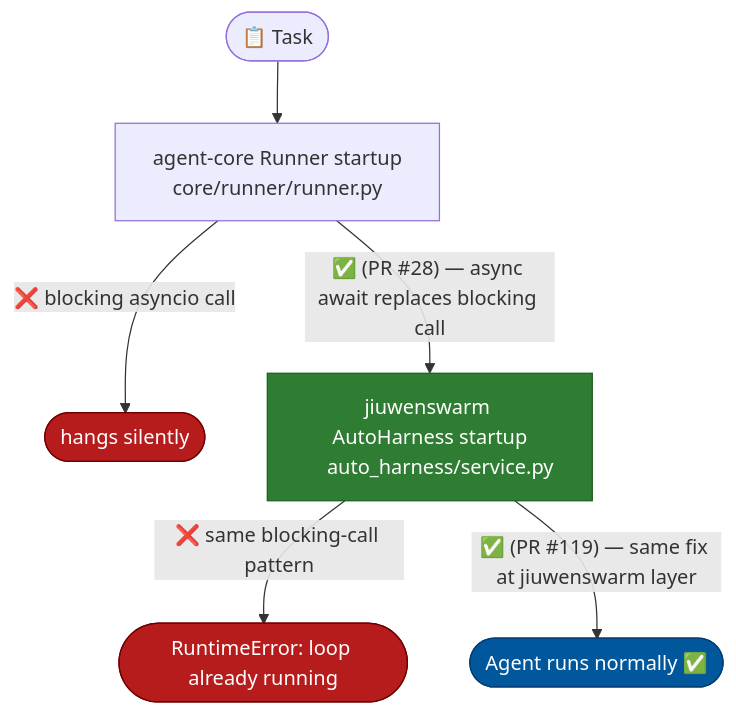
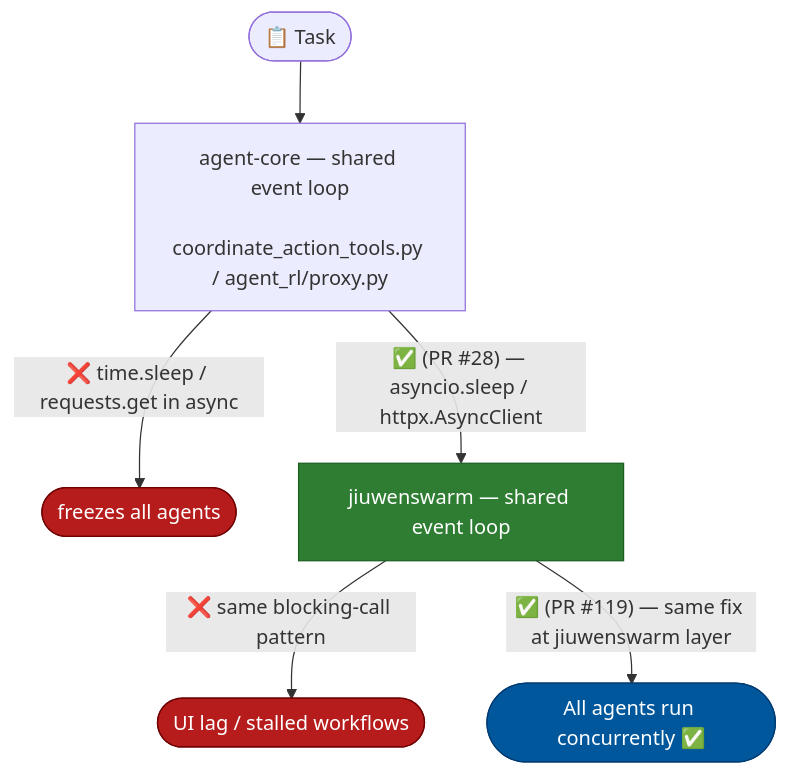
One commit to michaelatamuk/openjiuwen-jiuwenswarm changed the first of 9 diagrams in docs-michael/Implementation.Overview.md. Above: the diagram before and after it, drawn with Mermaid. The commit also changed other lines of this file and 3 other files, not shown here.

````diff
--- a/docs-michael/Implementation.Overview.md
+++ b/docs-michael/Implementation.Overview.md
@@ -27,18 +27,17 @@
 ```mermaid
 flowchart TD
     classDef fix  fill:#2E7D32,color:#fff,stroke:#1B5E20
     classDef fail fill:#B71C1C,color:#fff,stroke:#6f0000
     classDef ok   fill:#01579B,color:#fff,stroke:#003c74
 
     T(["📋 Task"])
 
-    T --> AC["agent-core Runner startup
-    core/runner/runner.py"]
+    T --> AC["agent-core — shared event loop
+    coordinate_action_tools.py / agent_rl/proxy.py"]
 
-    AC -->|"❌ blocking asyncio call"| H1(["hangs silently"]):::fail
-    AC -->|"✅ (PR #28) — async await replaces blocking call"| JW["jiuwenswarm AutoHarness startup
-    auto_harness/service.py"]:::fix
+    AC -->|"❌ time.sleep / requests.get in async"| H1(["freezes all agents"]):::fail
+    AC -->|"✅ (PR #28) — asyncio.sleep / httpx.AsyncClient"| JW["jiuwenswarm — shared event loop"]:::fix
 
-    JW -->|"❌ same blocking-call pattern"| H2(["RuntimeError: loop already running"]):::fail
-    JW -->|"✅ (PR #119) — same fix at jiuwenswarm layer"| RUN(["Agent runs normally ✅"]):::ok
+    JW -->|"❌ same blocking-call pattern"| H2(["UI lag / stalled workflows"]):::fail
+    JW -->|"✅ (PR #119) — same fix at jiuwenswarm layer"| RUN(["All agents run concurrently ✅"]):::ok
 ```
````
